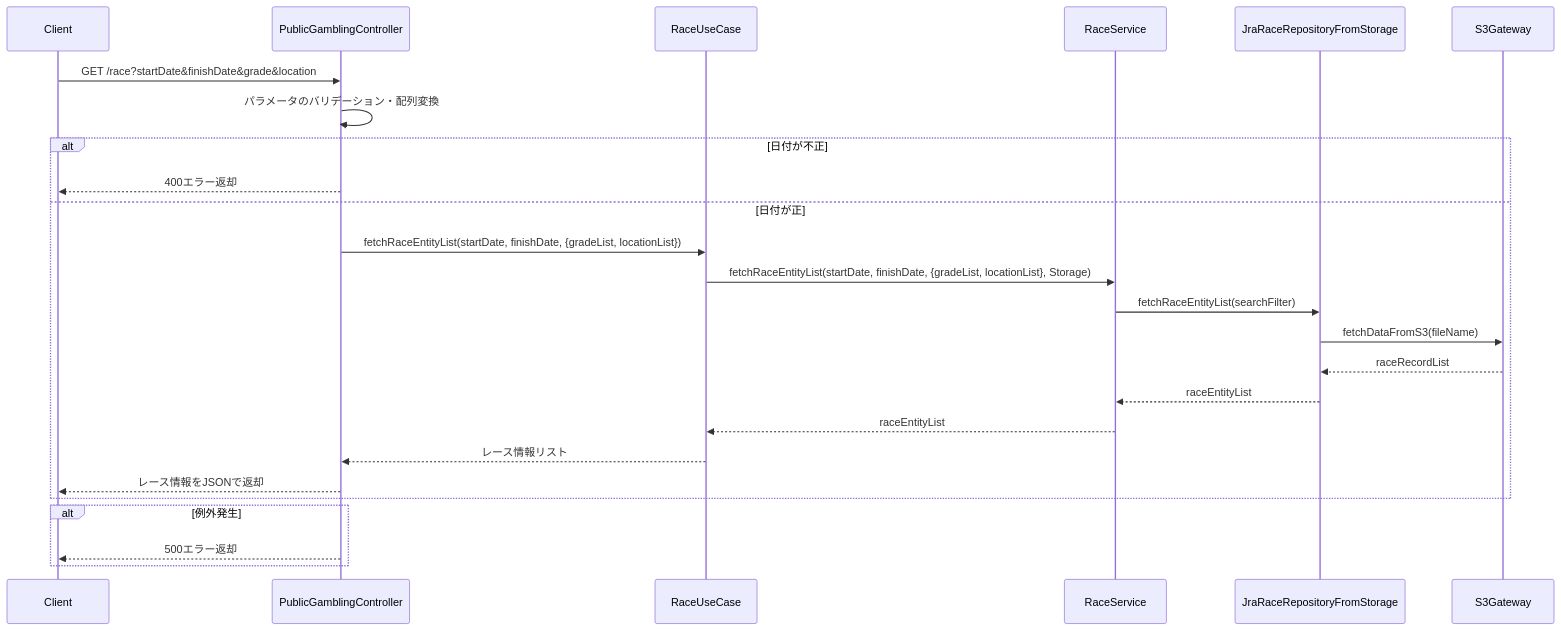
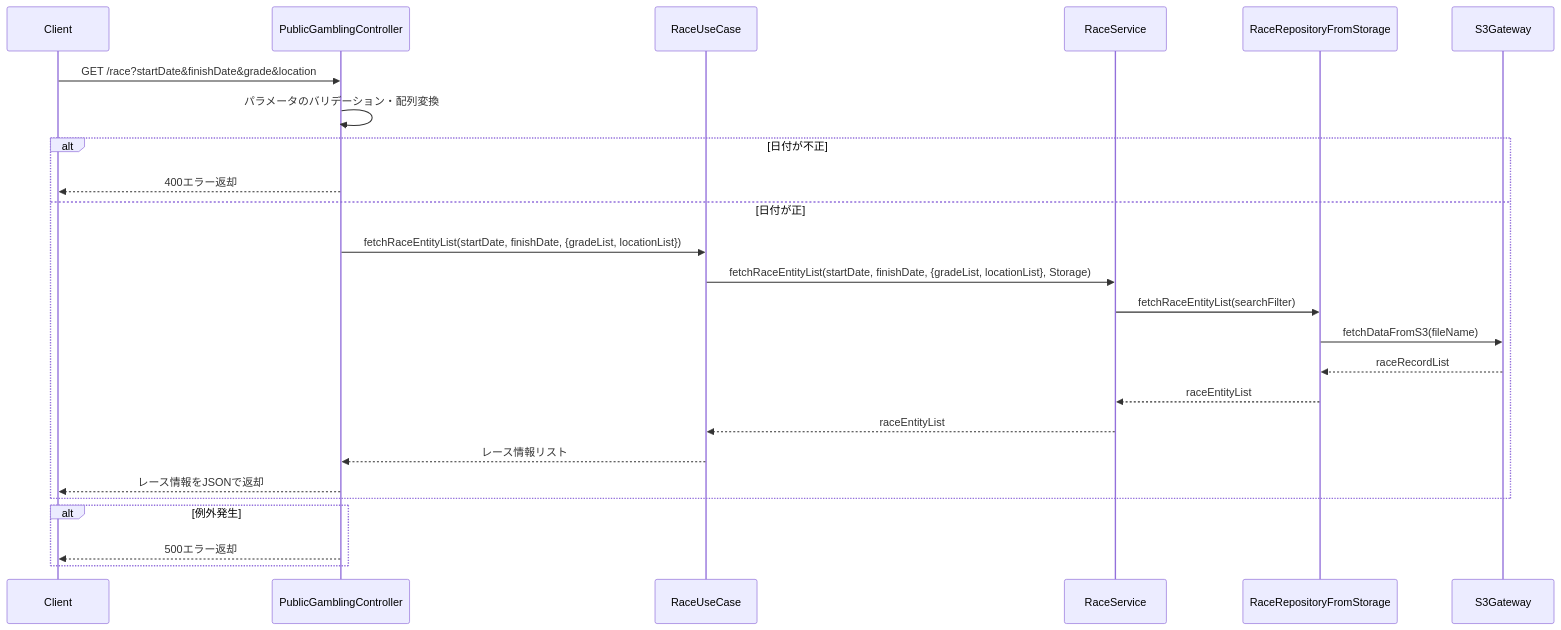
The diagram in document/detail-design/sequence/publicGambling/getRaceEntityList.md (taichi6930/race-schedule-api), drawn with Mermaid before and after one commit. The commit also changed 2 other files, not shown here.

Commit message:
refactor: JraRaceRepositoryFromStorageをRaceRepositoryFromStorageに変更し、シーケンス図を更新

````diff
--- a/document/detail-design/sequence/publicGambling/getRaceEntityList.md
+++ b/document/detail-design/sequence/publicGambling/getRaceEntityList.md
@@ -3,28 +3,28 @@
 ```mermaid
 sequenceDiagram
     participant Client
     participant PublicGamblingController
     participant RaceUseCase
     participant RaceService
-    participant JraRaceRepositoryFromStorage
+    participant RaceRepositoryFromStorage
     participant S3Gateway
 
     Client->>PublicGamblingController: GET /race?startDate&finishDate&grade&location
     PublicGamblingController->>PublicGamblingController: パラメータのバリデーション・配列変換
     alt 日付が不正
         PublicGamblingController-->>Client: 400エラー返却
     else 日付が正
         PublicGamblingController->>RaceUseCase: fetchRaceEntityList(startDate, finishDate, {gradeList, locationList})
         RaceUseCase->>RaceService: fetchRaceEntityList(startDate, finishDate, {gradeList, locationList}, Storage)
-        RaceService->>JraRaceRepositoryFromStorage: fetchRaceEntityList(searchFilter)
-        JraRaceRepositoryFromStorage->>S3Gateway: fetchDataFromS3(fileName)
-        S3Gateway-->>JraRaceRepositoryFromStorage: raceRecordList
-        JraRaceRepositoryFromStorage-->>RaceService: raceEntityList
+        RaceService->>RaceRepositoryFromStorage: fetchRaceEntityList(searchFilter)
+        RaceRepositoryFromStorage->>S3Gateway: fetchDataFromS3(fileName)
+        S3Gateway-->>RaceRepositoryFromStorage: raceRecordList
+        RaceRepositoryFromStorage-->>RaceService: raceEntityList
         RaceService-->>RaceUseCase: raceEntityList
         RaceUseCase-->>PublicGamblingController: レース情報リスト
         PublicGamblingController-->>Client: レース情報をJSONで返却
     end
     alt 例外発生
         PublicGamblingController-->>Client: 500エラー返却
     end
 ```
````
